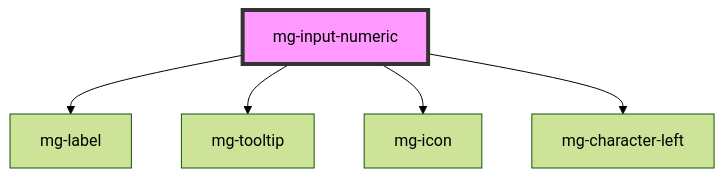
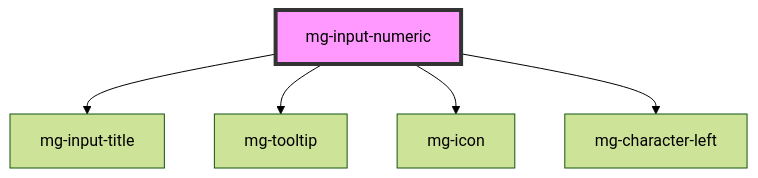
One commit to MGDIS/mg-components changed the diagram in src/components/molecules/inputs/mg-input-numeric/readme.md. Above: the diagram before and after it, drawn with Mermaid (forest theme). The commit also changed other lines of this file and 52 other files, not shown here.

First line of the commit message:
feat(mg-input-radio): tests - [x] add e2e tests - [x] add test mg-input-title isFieldset tests - [x] rename mg-label to mg-input-title

````diff
--- a/src/components/molecules/inputs/mg-input-numeric/readme.md
+++ b/src/components/molecules/inputs/mg-input-numeric/readme.md
@@ -47,8 +47,8 @@
 ```mermaid
 graph TD;
-  mg-input-numeric --> mg-label
+  mg-input-numeric --> mg-input-title
   mg-input-numeric --> mg-tooltip
   mg-input-numeric --> mg-icon
   mg-input-numeric --> mg-character-left
   style mg-input-numeric fill:#f9f,stroke:#333,stroke-width:4px
 ```
````
